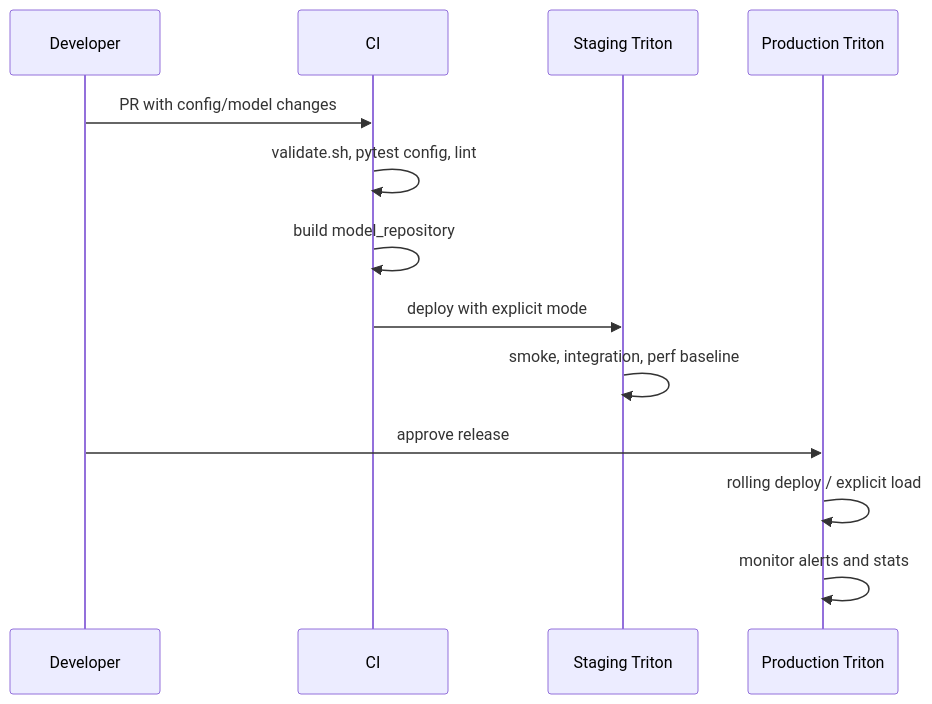
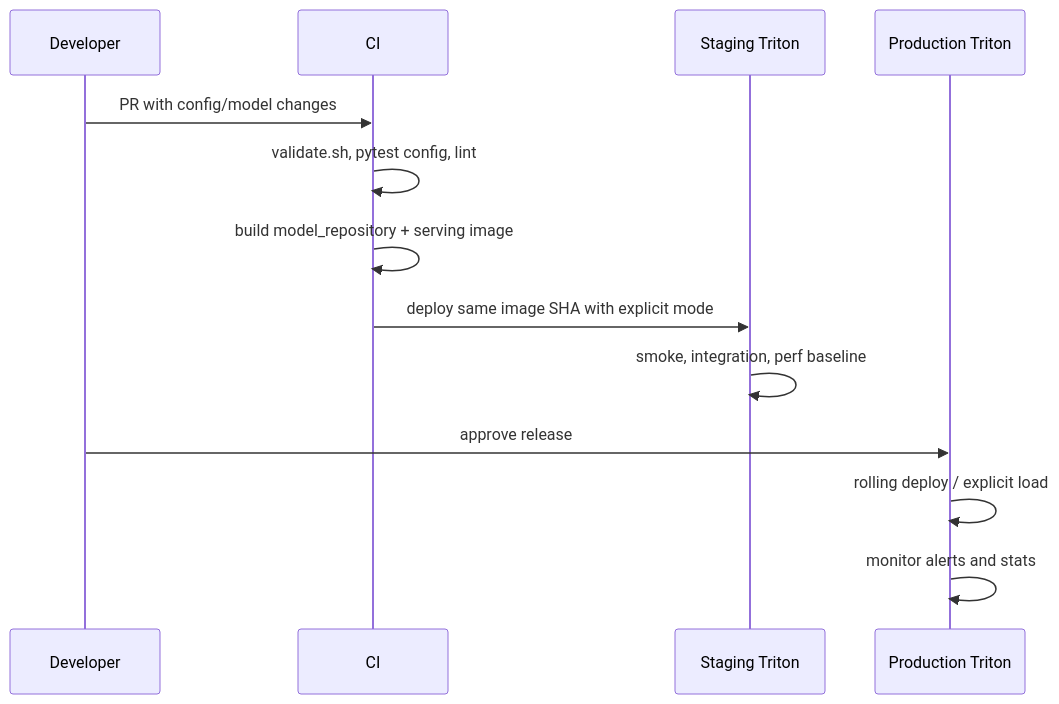
The diagram in docs/production-adoption.md (jaejungscene/triton-infer-server-handbook), drawn with Mermaid before and after one commit. The commit also changed other lines of this file and 19 other files, not shown here.

Commit message:
deploy: ship models as immutable image artifacts

````diff
--- a/docs/production-adoption.md
+++ b/docs/production-adoption.md
@@ -46,15 +46,15 @@
 ```mermaid
 sequenceDiagram
     participant Dev as Developer
     participant CI as CI
     participant Stg as Staging Triton
     participant Prod as Production Triton
     Dev->>CI: PR with config/model changes
     CI->>CI: validate.sh, pytest config, lint
-    CI->>CI: build model_repository
-    CI->>Stg: deploy with explicit mode
+    CI->>CI: build model_repository + serving image
+    CI->>Stg: deploy same image SHA with explicit mode
     Stg->>Stg: smoke, integration, perf baseline
     Dev->>Prod: approve release
     Prod->>Prod: rolling deploy / explicit load
     Prod->>Prod: monitor alerts and stats
 ```
````
